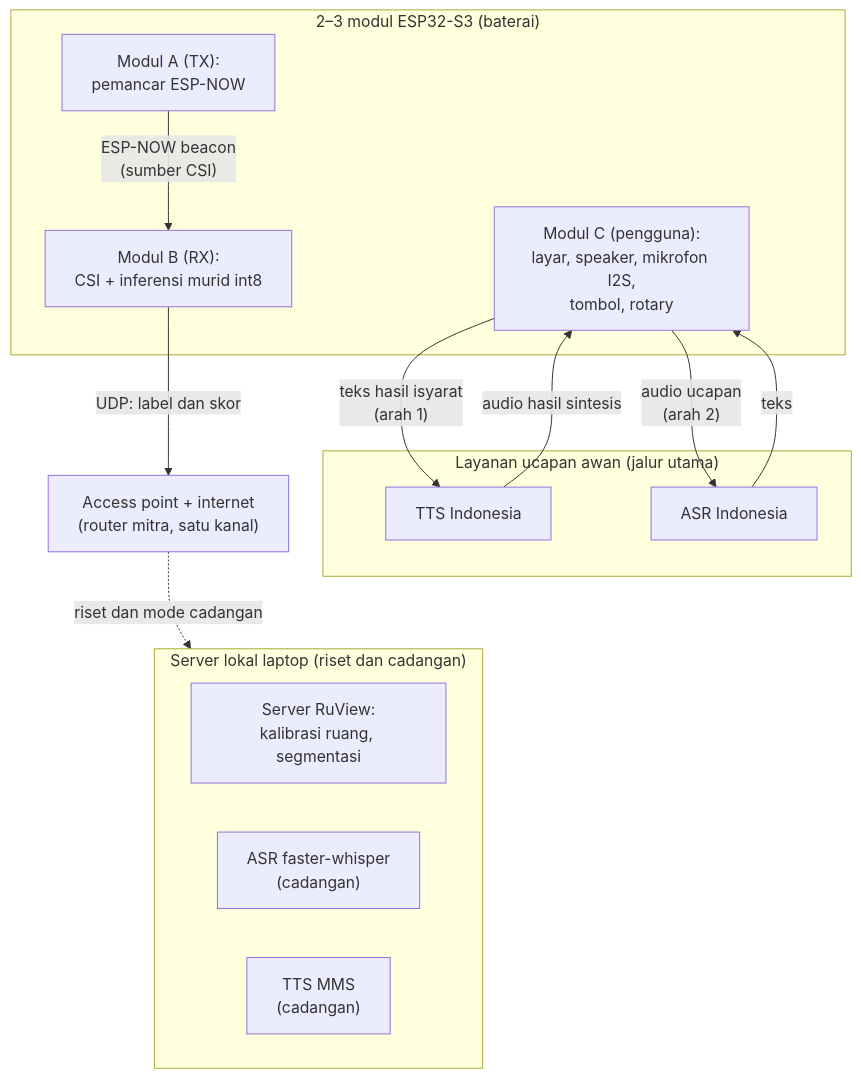
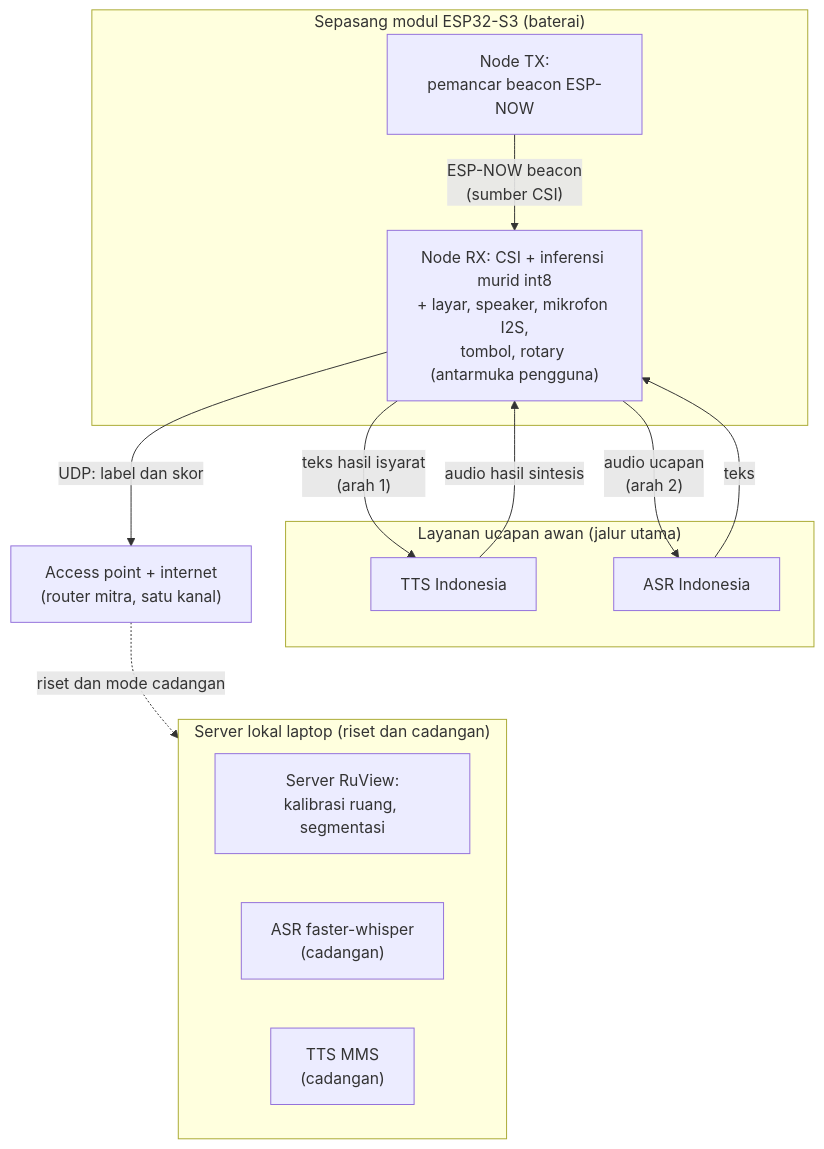
The sixth of 8 diagrams in download/translator-sibi-final/draft-final.md (ILoveTahuTek/skripsi), drawn with Mermaid before and after one commit. The commit also changed other lines of this file and 56 other files, not shown here.

````diff
--- a/download/translator-sibi-final/draft-final.md
+++ b/download/translator-sibi-final/draft-final.md
@@ -506,26 +531,25 @@
 ```mermaid
 flowchart TB
-    subgraph MODS["2–3 modul ESP32-S3 (baterai)"]
-        MA["Modul A (TX):<br/>pemancar ESP-NOW"]
-        MB["Modul B (RX):<br/>CSI + inferensi murid int8"]
-        MC["Modul C (pengguna):<br/>layar, speaker, mikrofon I2S,<br/>tombol, rotary"]
+    subgraph MODS["Sepasang modul ESP32-S3 (baterai)"]
+        MA["Node TX:<br/>pemancar beacon ESP-NOW"]
+        MB["Node RX: CSI + inferensi murid int8<br/>+ layar, speaker, mikrofon I2S,<br/>tombol, rotary (antarmuka pengguna)"]
     end
     AP["Access point + internet<br/>(router mitra, satu kanal)"]
     subgraph AWAN["Layanan ucapan awan (jalur utama)"]
         TTSA["TTS Indonesia"]
         STTA["ASR Indonesia"]
     end
     subgraph SERVER["Server lokal laptop (riset dan cadangan)"]
         RUVR["Server RuView:<br/>kalibrasi ruang, segmentasi"]
         ASRL["ASR faster-whisper<br/>(cadangan)"]
         TTSL["TTS MMS<br/>(cadangan)"]
     end
     MA -- "ESP-NOW beacon<br/>(sumber CSI)" --> MB
     MB -- "UDP: label dan skor" --> AP
-    MC -- "teks hasil isyarat<br/>(arah 1)" --> TTSA
-    TTSA -- "audio hasil sintesis" --> MC
-    MC -- "audio ucapan<br/>(arah 2)" --> STTA
-    STTA -- "teks" --> MC
+    MB -- "teks hasil isyarat<br/>(arah 1)" --> TTSA
+    TTSA -- "audio hasil sintesis" --> MB
+    MB -- "audio ucapan<br/>(arah 2)" --> STTA
+    STTA -- "teks" --> MB
     AP -. "riset dan mode cadangan" .-> SERVER
     AWAN ~~~ SERVER
 ```
````
